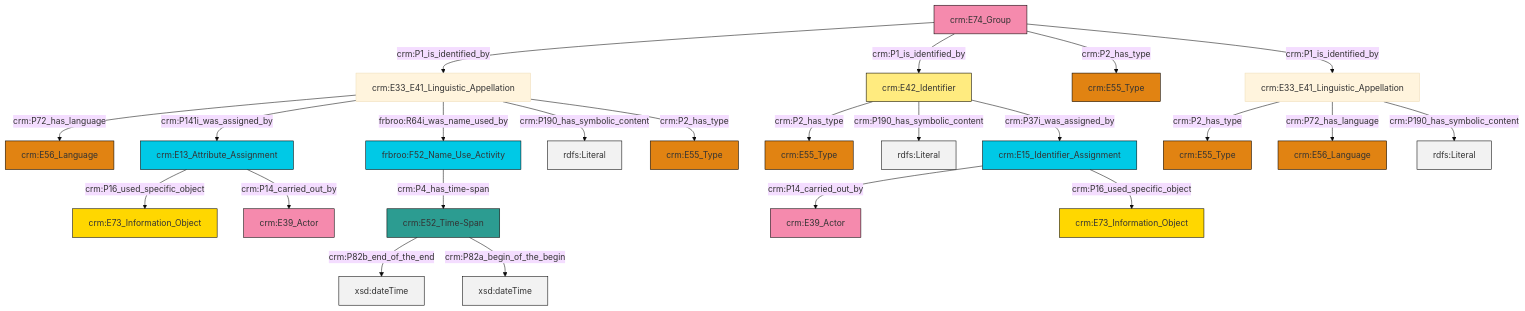
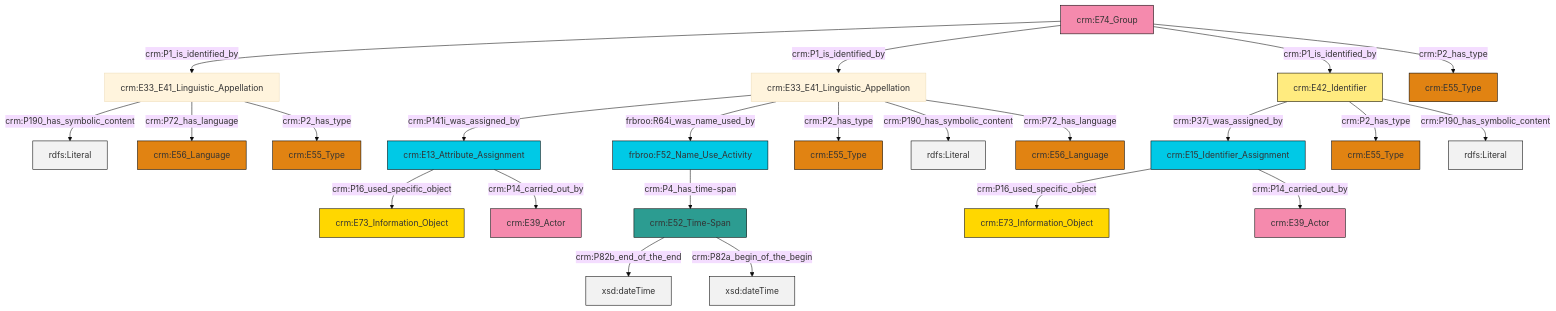
The diagram in et/groupCSV/ttl/mmd/group_name.ttl.mmd (swiss-art-research-net/reference-data-models), drawn with Mermaid (base theme) before and after one commit. The commit also changed 148 other files, not shown here.

```diff
--- a/et/groupCSV/ttl/mmd/group_name.ttl.mmd
+++ b/et/groupCSV/ttl/mmd/group_name.ttl.mmd
@@ -1,37 +1,37 @@
 graph TD
 classDef Literal fill:#f2f2f2,stroke:#000000;
 classDef CRM_Entity fill:#FFFFFF,stroke:#000000;
 classDef Temporal_Entity fill:#00C9E6, stroke:#000000;
 classDef Type fill:#E18312, stroke:#000000;
 classDef Time-Span fill:#2C9C91, stroke:#000000;
 classDef Appellation fill:#FFEB7F, stroke:#000000;
 classDef Place fill:#008836, stroke:#000000;
 classDef Persistent_Item fill:#B266B2, stroke:#000000;
 classDef Conceptual_Object fill:#FFD700, stroke:#000000;
 classDef Physical_Thing fill:#D2B48C, stroke:#000000;
 classDef Actor fill:#f58aad, stroke:#000000;
 classDef PC_Classes fill:#4ce600, stroke:#000000;
 classDef Multi fill:#cccccc,stroke:#000000;
 
-0["crm:E33_E41_Linguistic_Appellation"]:::Default -->|crm:P2_has_type| 1["crm:E55_Type"]:::Type
-8["crm:E42_Identifier"]:::Appellation -->|crm:P2_has_type| 9["crm:E55_Type"]:::Type
-4["crm:E15_Identifier_Assignment"]:::Temporal_Entity -->|crm:P14_carried_out_by| 10["crm:E39_Actor"]:::Actor
-15["crm:E74_Group"]:::Actor -->|crm:P1_is_identified_by| 2["crm:E33_E41_Linguistic_Appellation"]:::Default
-8["crm:E42_Identifier"]:::Appellation -->|crm:P190_has_symbolic_content| 17[rdfs:Literal]:::Literal
-2["crm:E33_E41_Linguistic_Appellation"]:::Default -->|crm:P72_has_language| 20["crm:E56_Language"]:::Type
-2["crm:E33_E41_Linguistic_Appellation"]:::Default -->|crm:P141i_was_assigned_by| 13["crm:E13_Attribute_Assignment"]:::Temporal_Entity
-13["crm:E13_Attribute_Assignment"]:::Temporal_Entity -->|crm:P16_used_specific_object| 21["crm:E73_Information_Object"]:::Conceptual_Object
-25["frbroo:F52_Name_Use_Activity"]:::Temporal_Entity -->|crm:P4_has_time-span| 26["crm:E52_Time-Span"]:::Time-Span
-26["crm:E52_Time-Span"]:::Time-Span -->|crm:P82b_end_of_the_end| 32[xsd:dateTime]:::Literal
-15["crm:E74_Group"]:::Actor -->|crm:P1_is_identified_by| 8["crm:E42_Identifier"]:::Appellation
-8["crm:E42_Identifier"]:::Appellation -->|crm:P37i_was_assigned_by| 4["crm:E15_Identifier_Assignment"]:::Temporal_Entity
-15["crm:E74_Group"]:::Actor -->|crm:P2_has_type| 18["crm:E55_Type"]:::Type
-0["crm:E33_E41_Linguistic_Appellation"]:::Default -->|crm:P72_has_language| 11["crm:E56_Language"]:::Type
-0["crm:E33_E41_Linguistic_Appellation"]:::Default -->|crm:P190_has_symbolic_content| 34[rdfs:Literal]:::Literal
-2["crm:E33_E41_Linguistic_Appellation"]:::Default -->|frbroo:R64i_was_name_used_by| 25["frbroo:F52_Name_Use_Activity"]:::Temporal_Entity
-2["crm:E33_E41_Linguistic_Appellation"]:::Default -->|crm:P190_has_symbolic_content| 35[rdfs:Literal]:::Literal
-4["crm:E15_Identifier_Assignment"]:::Temporal_Entity -->|crm:P16_used_specific_object| 22["crm:E73_Information_Object"]:::Conceptual_Object
-26["crm:E52_Time-Span"]:::Time-Span -->|crm:P82a_begin_of_the_begin| 37[xsd:dateTime]:::Literal
-15["crm:E74_Group"]:::Actor -->|crm:P1_is_identified_by| 0["crm:E33_E41_Linguistic_Appellation"]:::Default
-13["crm:E13_Attribute_Assignment"]:::Temporal_Entity -->|crm:P14_carried_out_by| 28["crm:E39_Actor"]:::Actor
-2["crm:E33_E41_Linguistic_Appellation"]:::Default -->|crm:P2_has_type| 6["crm:E55_Type"]:::Type
+0["crm:E52_Time-Span"]:::Time-Span -->|crm:P82b_end_of_the_end| 1[xsd:dateTime]:::Literal
+4["crm:E13_Attribute_Assignment"]:::Temporal_Entity -->|crm:P16_used_specific_object| 5["crm:E73_Information_Object"]:::Conceptual_Object
+6["crm:E33_E41_Linguistic_Appellation"]:::Default -->|crm:P190_has_symbolic_content| 7[rdfs:Literal]:::Literal
+10["frbroo:F52_Name_Use_Activity"]:::Temporal_Entity -->|crm:P4_has_time-span| 0["crm:E52_Time-Span"]:::Time-Span
+12["crm:E42_Identifier"]:::Appellation -->|crm:P37i_was_assigned_by| 13["crm:E15_Identifier_Assignment"]:::Temporal_Entity
+6["crm:E33_E41_Linguistic_Appellation"]:::Default -->|crm:P72_has_language| 8["crm:E56_Language"]:::Type
+14["crm:E74_Group"]:::Actor -->|crm:P1_is_identified_by| 6["crm:E33_E41_Linguistic_Appellation"]:::Default
+6["crm:E33_E41_Linguistic_Appellation"]:::Default -->|crm:P2_has_type| 15["crm:E55_Type"]:::Type
+14["crm:E74_Group"]:::Actor -->|crm:P1_is_identified_by| 19["crm:E33_E41_Linguistic_Appellation"]:::Default
+19["crm:E33_E41_Linguistic_Appellation"]:::Default -->|crm:P141i_was_assigned_by| 4["crm:E13_Attribute_Assignment"]:::Temporal_Entity
+4["crm:E13_Attribute_Assignment"]:::Temporal_Entity -->|crm:P14_carried_out_by| 20["crm:E39_Actor"]:::Actor
+12["crm:E42_Identifier"]:::Appellation -->|crm:P2_has_type| 22["crm:E55_Type"]:::Type
+14["crm:E74_Group"]:::Actor -->|crm:P1_is_identified_by| 12["crm:E42_Identifier"]:::Appellation
+0["crm:E52_Time-Span"]:::Time-Span -->|crm:P82a_begin_of_the_begin| 28[xsd:dateTime]:::Literal
+19["crm:E33_E41_Linguistic_Appellation"]:::Default -->|frbroo:R64i_was_name_used_by| 10["frbroo:F52_Name_Use_Activity"]:::Temporal_Entity
+19["crm:E33_E41_Linguistic_Appellation"]:::Default -->|crm:P2_has_type| 2["crm:E55_Type"]:::Type
+19["crm:E33_E41_Linguistic_Appellation"]:::Default -->|crm:P190_has_symbolic_content| 33[rdfs:Literal]:::Literal
+19["crm:E33_E41_Linguistic_Appellation"]:::Default -->|crm:P72_has_language| 26["crm:E56_Language"]:::Type
+14["crm:E74_Group"]:::Actor -->|crm:P2_has_type| 35["crm:E55_Type"]:::Type
+12["crm:E42_Identifier"]:::Appellation -->|crm:P190_has_symbolic_content| 36[rdfs:Literal]:::Literal
+13["crm:E15_Identifier_Assignment"]:::Temporal_Entity -->|crm:P16_used_specific_object| 31["crm:E73_Information_Object"]:::Conceptual_Object
+13["crm:E15_Identifier_Assignment"]:::Temporal_Entity -->|crm:P14_carried_out_by| 39["crm:E39_Actor"]:::Actor
```
